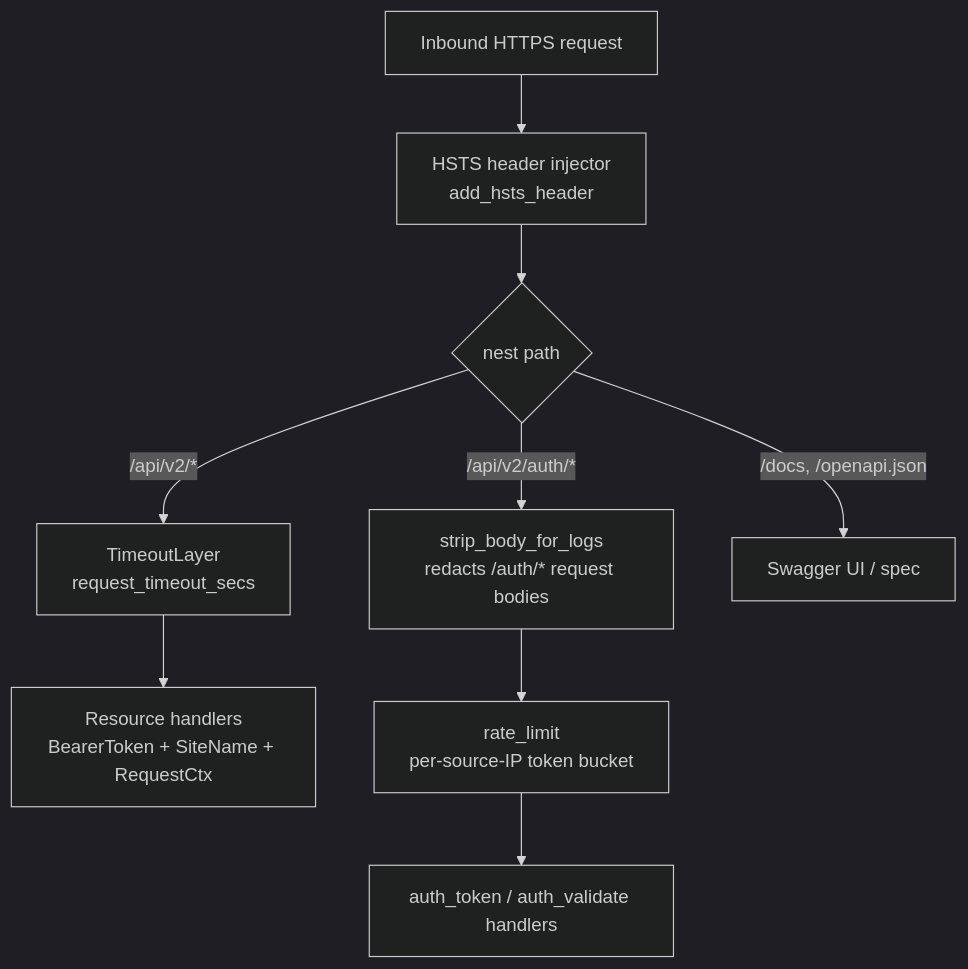
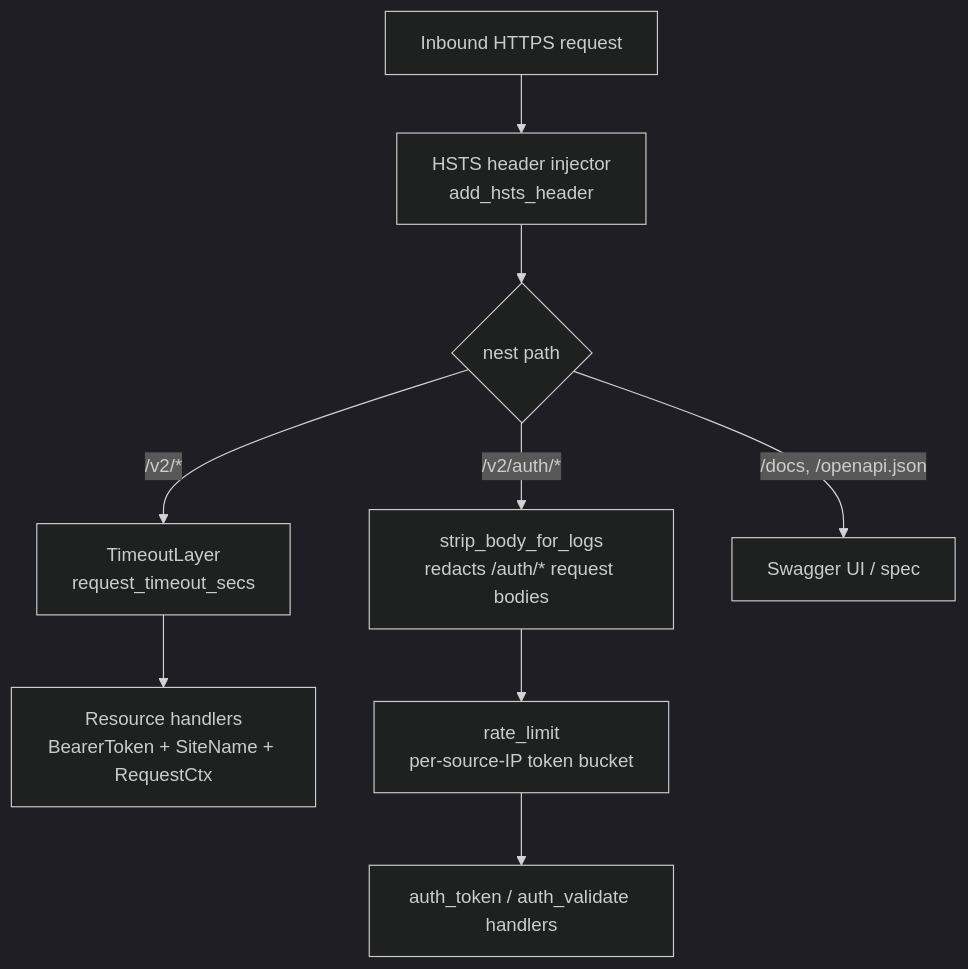
One commit to eth-cscs/manta changed the third of 3 diagrams in ARCHITECTURE.md. Above: the diagram before and after it, drawn with Mermaid (dark theme). The commit also changed other lines of this file and 97 other files, not shown here.

````diff
--- a/ARCHITECTURE.md
+++ b/ARCHITECTURE.md
@@ -320,14 +320,14 @@
 ```mermaid
 flowchart TD
     Req[Inbound HTTPS request] --> HSTS[HSTS header injector<br/>add_hsts_header]
     HSTS --> Split{nest path}
 
-    Split -->|/api/v2/*| Tmo[TimeoutLayer<br/>request_timeout_secs]
+    Split -->|/v2/*| Tmo[TimeoutLayer<br/>request_timeout_secs]
     Tmo --> Hdlr[Resource handlers<br/>BearerToken + SiteName + RequestCtx]
 
-    Split -->|/api/v2/auth/*| StripBody[strip_body_for_logs<br/>redacts /auth/* request bodies]
+    Split -->|/v2/auth/*| StripBody[strip_body_for_logs<br/>redacts /auth/* request bodies]
     StripBody --> RL[rate_limit<br/>per-source-IP token bucket]
     RL --> AuthH[auth_token / auth_validate handlers]
 
     Split -->|/docs, /openapi.json| Swagger[Swagger UI / spec]
 ```
````
